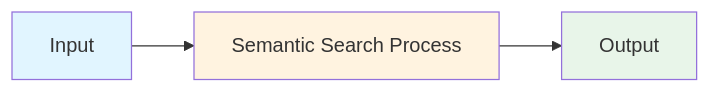
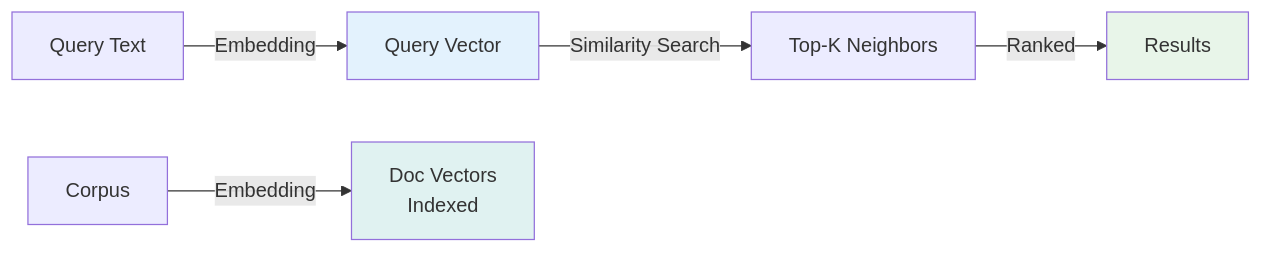
One commit to souradeepta/interviewprep-ai changed the first of 2 diagrams in llm/concepts/semantic-search.md. Above: the diagram before and after it, drawn with Mermaid. The commit also changed other lines of this file and 33 other files, not shown here.

````diff
--- a/llm/concepts/semantic-search.md
+++ b/llm/concepts/semantic-search.md
@@ -69,9 +69,10 @@
 ```mermaid
 graph LR
-    A["Input"] --> B["Semantic Search Process"]
-    B --> C["Output"]
-
-    style A fill:#e1f5ff
-    style B fill:#fff3e0
-    style C fill:#e8f5e9
+    A["Query Text"] -->|Embedding| B["Query Vector"]
+    C["Corpus"] -->|Embedding| D["Doc Vectors<br/>Indexed"]
+    B -->|Similarity Search| E["Top-K Neighbors"]
+    E -->|Ranked| F["Results"]
+    style B fill:#e3f2fd
+    style D fill:#e0f2f1
+    style F fill:#e8f5e9
 ```
````
